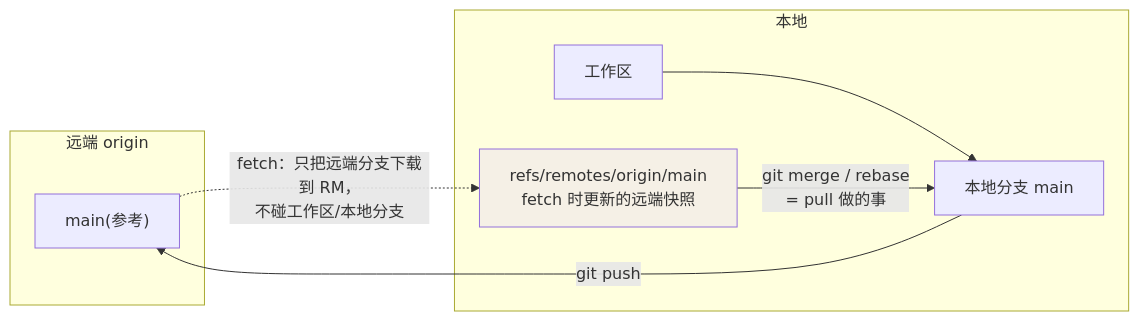
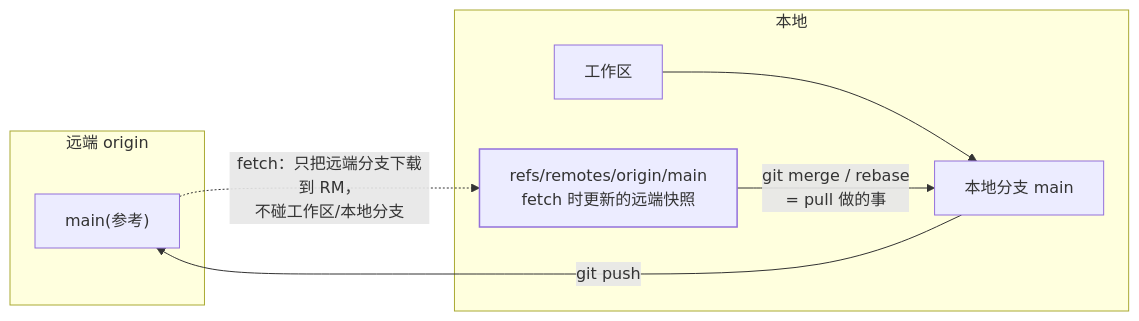
Before and after one commit to Loadhao/ascension: the diagram in src/content/docs/git/intermediate/collaboration/02-remote-collab.md, drawn with Mermaid. The commit also changed 87 other files, not shown here.

First line of the commit message:
fix: 全站图表配色改由主题接管，修复暗色主题下浅底浅字看不清

````diff
--- a/src/content/docs/git/intermediate/collaboration/02-remote-collab.md
+++ b/src/content/docs/git/intermediate/collaboration/02-remote-collab.md
@@ -66,15 +66,16 @@
 ```mermaid
 flowchart LR
     subgraph 远程["远端 origin"]
         OM["main(参考)"]
     end
     subgraph 本地
         L["工作区"] --> LM["本地分支 main"]
         RM["refs/remotes/origin/main<br/>fetch 时更新的远端快照"]
     end
     OM -. "fetch：只把远端分支下载到 RM，<br/>不碰工作区/本地分支" .-> RM
     RM -->|"git merge / rebase<br/>= pull 做的事"| LM
     LM -->|"git push"| OM
 
-    style RM fill:#f5f0e6
+    class RM hl
+    classDef hl stroke-width:1.5px
 ```
````
